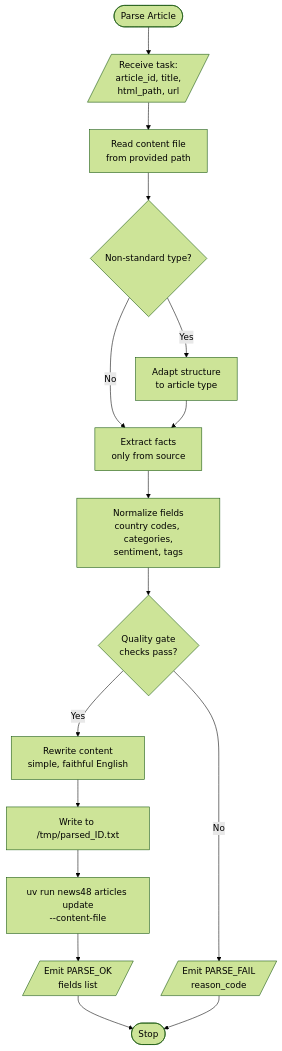
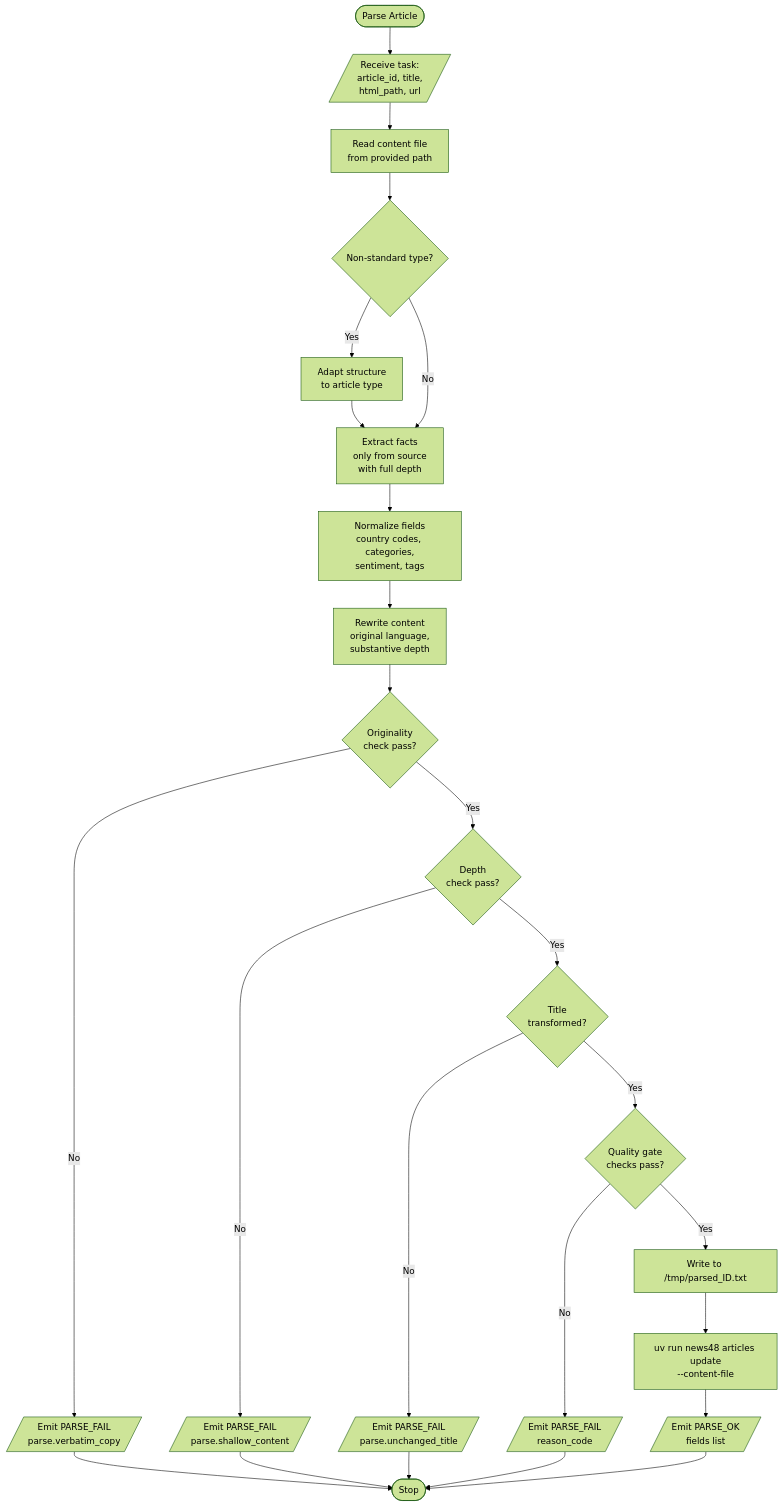
Before and after one commit to malvavisc0/news48: the diagram in agents/skills/parser/business-logic.md, drawn with Mermaid (forest theme). The commit also changed other lines of this file and 15 other files, not shown here.

````diff
--- a/agents/skills/parser/business-logic.md
+++ b/agents/skills/parser/business-logic.md
@@ -3,18 +3,27 @@
 ```mermaid
 flowchart TD
     Start([Parse Article]) --> Input[/Receive task:<br/>article_id, title,<br/>html_path, url/]
     Input --> ReadContent[Read content file<br/>from provided path]
     ReadContent --> TypeCheck{Non-standard type?}
     TypeCheck -->|Yes| Adapt[Adapt structure<br/>to article type]
     TypeCheck -->|No| Extract
-    Adapt --> Extract[Extract facts<br/>only from source]
+    Adapt --> Extract[Extract facts<br/>only from source<br/>with full depth]
     Extract --> Normalize[Normalize fields<br/>country codes, categories,<br/>sentiment, tags]
-    Normalize --> QualityGate{Quality gate<br/>checks pass?}
+    Normalize --> Rewrite[Rewrite content<br/>original language,<br/>substantive depth]
+    Rewrite --> OriginalityCheck{Originality<br/>check pass?}
+    OriginalityCheck -->|No| FailCopy[/Emit PARSE_FAIL<br/>parse.verbatim_copy/]
+    OriginalityCheck -->|Yes| DepthCheck{Depth<br/>check pass?}
+    DepthCheck -->|No| FailDepth[/Emit PARSE_FAIL<br/>parse.shallow_content/]
+    DepthCheck -->|Yes| TitleCheck{Title<br/>transformed?}
+    TitleCheck -->|No| FailTitle[/Emit PARSE_FAIL<br/>parse.unchanged_title/]
+    TitleCheck -->|Yes| QualityGate{Quality gate<br/>checks pass?}
     QualityGate -->|No| Fail[/Emit PARSE_FAIL<br/>reason_code/]
-    QualityGate -->|Yes| Rewrite[Rewrite content<br/>simple, faithful English]
-    Rewrite --> Stage[Write to /tmp/parsed_ID.txt]
+    QualityGate -->|Yes| Stage[Write to /tmp/parsed_ID.txt]
     Stage --> Update[uv run news48 articles update<br/>--content-file]
     Update --> Success[/Emit PARSE_OK<br/>fields list/]
     Success --> Stop([Stop])
+    FailCopy --> Stop
+    FailDepth --> Stop
+    FailTitle --> Stop
     Fail --> Stop
 ```
````
